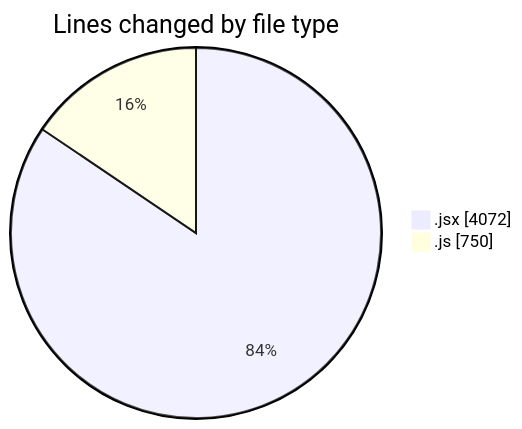
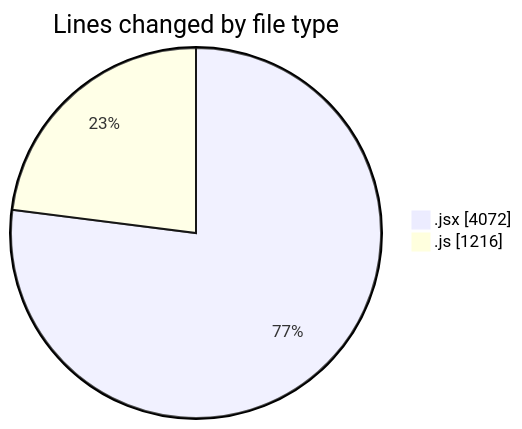
The first of 2 diagrams in 2025-07-24/nxtqube_webapp/README.md (nxtqubesakshisongat/code-tracking), drawn with Mermaid before and after one commit. The commit also changed other lines of this file and 1 other file, not shown here.

````diff
--- a/2025-07-24/nxtqube_webapp/README.md
+++ b/2025-07-24/nxtqube_webapp/README.md
@@ -26,6 +27,6 @@
 ```mermaid
 pie showData
 title Lines changed by file type
 ".jsx" : 4072
-".js" : 750
+".js" : 1216
 ```
````
